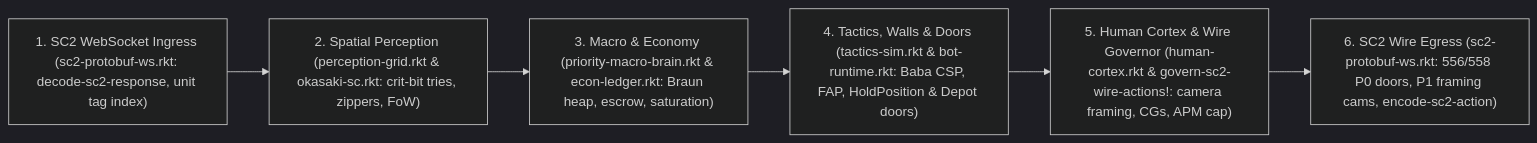
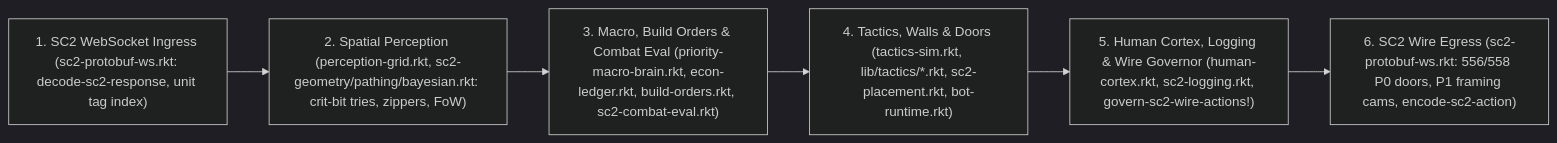
One commit to sticklane/mothman-sc2-bot changed the diagram in README.md. Above: the diagram before and after it, drawn with Mermaid (dark theme). The commit also changed other lines of this file and 65 other files, not shown here.

Commit message:
refactor: layer typed racket SC2 libraries, build-orders dir, tactics modules, and state logging

````diff
--- a/README.md
+++ b/README.md
@@ -52,8 +57,8 @@
 ```mermaid
 flowchart LR
-    WS_IN["1. SC2 WebSocket Ingress (sc2-protobuf-ws.rkt: decode-sc2-response, unit tag index)"] --> L1["2. Spatial Perception (perception-grid.rkt & okasaki-sc.rkt: crit-bit tries, zippers, FoW)"]
-    L1 --> L2["3. Macro & Economy (priority-macro-brain.rkt & econ-ledger.rkt: Braun heap, escrow, saturation)"]
-    L2 --> L34["4. Tactics, Walls & Doors (tactics-sim.rkt & bot-runtime.rkt: Baba CSP, FAP, HoldPosition & Depot doors)"]
-    L34 --> L5["5. Human Cortex & Wire Governor (human-cortex.rkt & govern-sc2-wire-actions!: camera framing, CGs, APM cap)"]
+    WS_IN["1. SC2 WebSocket Ingress (sc2-protobuf-ws.rkt: decode-sc2-response, unit tag index)"] --> L1["2. Spatial Perception (perception-grid.rkt, sc2-geometry/pathing/bayesian.rkt: crit-bit tries, zippers, FoW)"]
+    L1 --> L2["3. Macro, Build Orders & Combat Eval (priority-macro-brain.rkt, econ-ledger.rkt, build-orders.rkt, sc2-combat-eval.rkt)"]
+    L2 --> L34["4. Tactics, Walls & Doors (tactics-sim.rkt, lib/tactics/*.rkt, sc2-placement.rkt, bot-runtime.rkt)"]
+    L34 --> L5["5. Human Cortex, Logging & Wire Governor (human-cortex.rkt, sc2-logging.rkt, govern-sc2-wire-actions!)"]
     L5 --> WS_OUT["6. SC2 Wire Egress (sc2-protobuf-ws.rkt: 556/558 P0 doors, P1 framing cams, encode-sc2-action)"]
 ```
````
